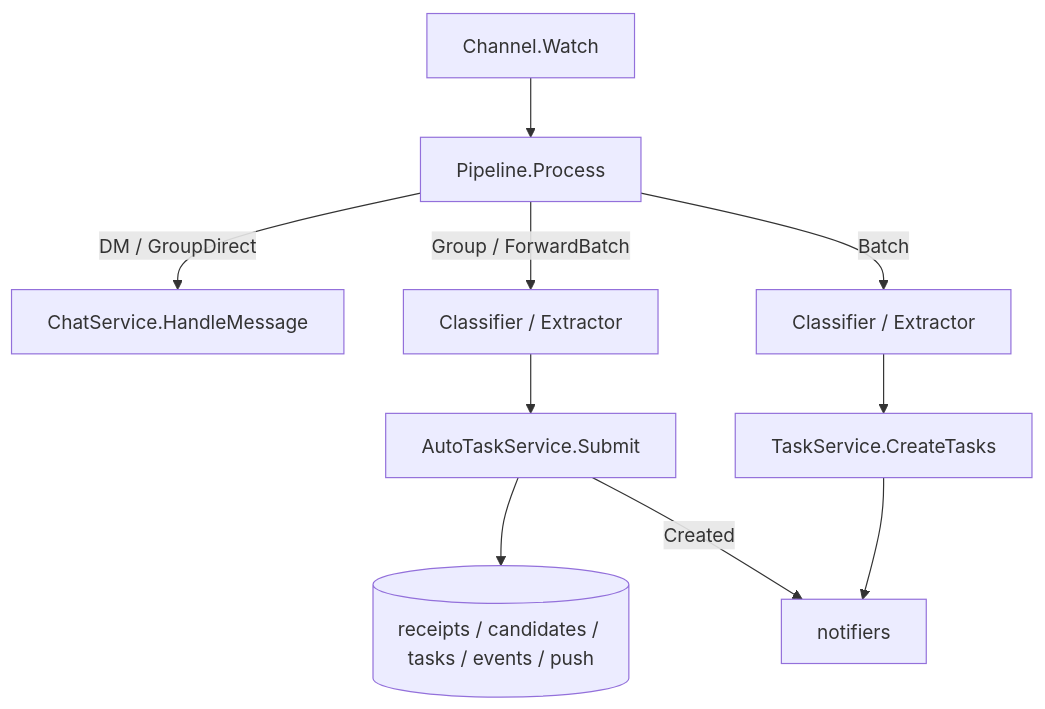
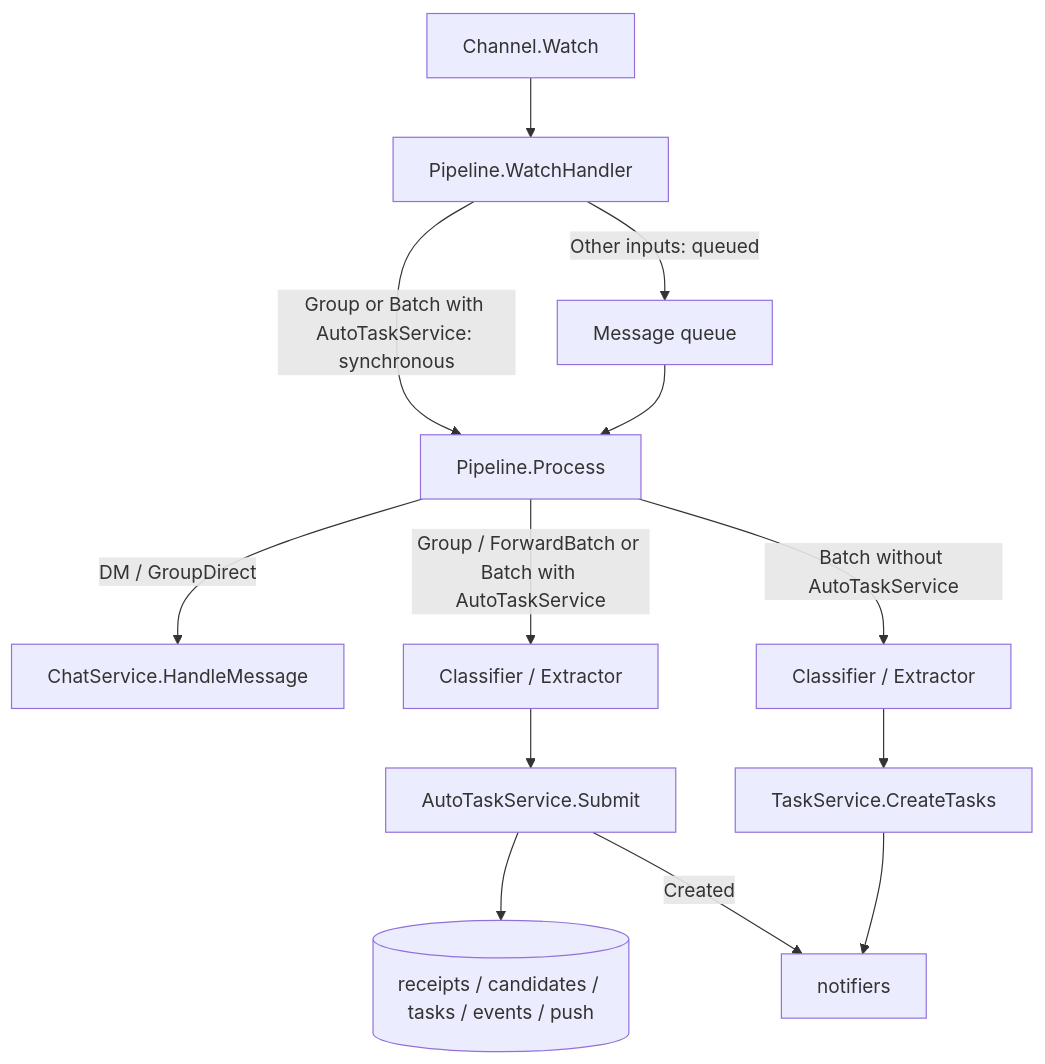
The diagram in AGENTS.md (anadale/huskwoot), drawn with Mermaid before and after one commit. The commit also changed other lines of this file and 14 other files, not shown here.

````diff
--- a/AGENTS.md
+++ b/AGENTS.md
@@ -60,12 +60,15 @@
 ```mermaid
 flowchart TD
-    Channel[Channel.Watch] --> P[Pipeline.Process]
+    Channel[Channel.Watch] --> Handler[Pipeline.WatchHandler]
+    Handler -->|Group or Batch with AutoTaskService: synchronous| P[Pipeline.Process]
+    Handler -->|Other inputs: queued| Queue[Message queue]
+    Queue --> P
     P -->|DM / GroupDirect| Chat[ChatService.HandleMessage]
-    P -->|Group / ForwardBatch| AutoExtract[Classifier / Extractor]
+    P -->|Group / ForwardBatch or Batch with AutoTaskService| AutoExtract[Classifier / Extractor]
     AutoExtract --> Auto[AutoTaskService.Submit]
     Auto --> Decisions[(receipts / candidates / tasks / events / push)]
-    P -->|Batch| Extract[Classifier / Extractor]
+    P -->|Batch without AutoTaskService| Extract[Classifier / Extractor]
     Extract --> Tasks[TaskService.CreateTasks]
     Tasks --> Notify[notifiers]
     Auto -->|Created| Notify
 ```
````
